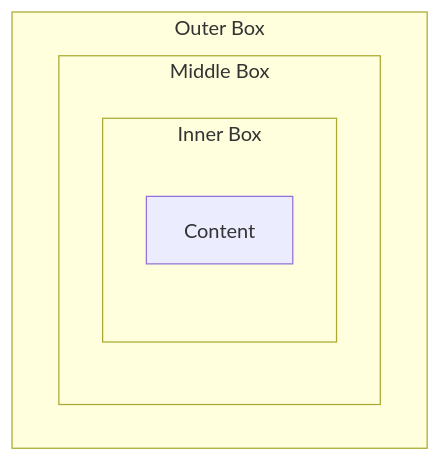
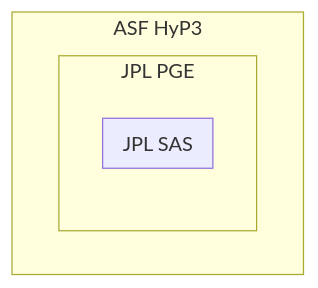
Before and after one commit to ASFHyP3/hyp3-OPERA-RTC: the diagram in README.md, drawn with Mermaid.

Commit message:
update diagram

````diff
--- a/README.md
+++ b/README.md
@@ -48,10 +48,9 @@
 ```mermaid
 graph TB
-  subgraph A[Outer Box]
-    subgraph B[Middle Box]
-      subgraph C[Inner Box]
-        D[Content]
+  subgraph A[ASF HyP3]
+    subgraph B[JPL PGE]
+      subgraph C[JPL SAS]
       end
     end
   end
 ```
````
